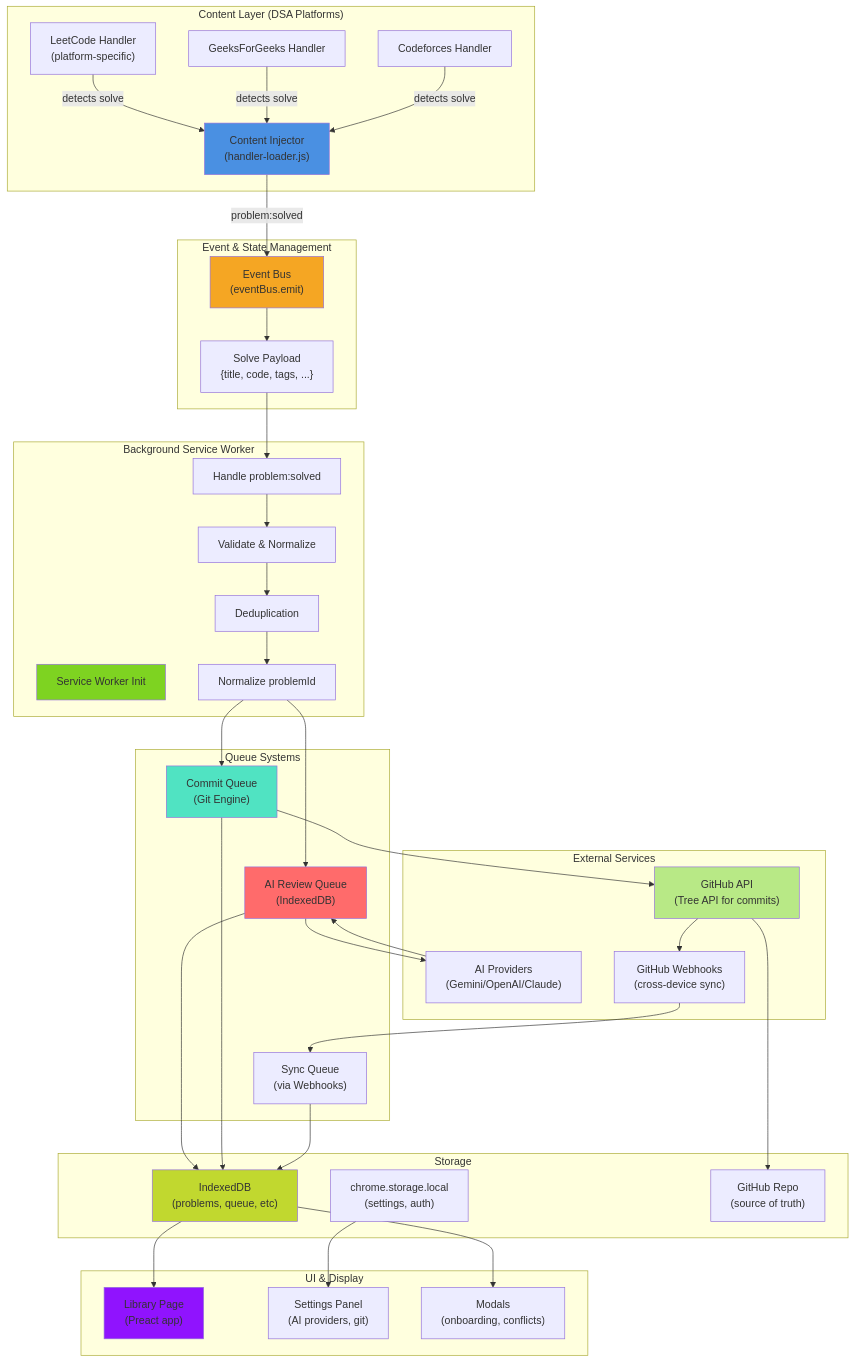
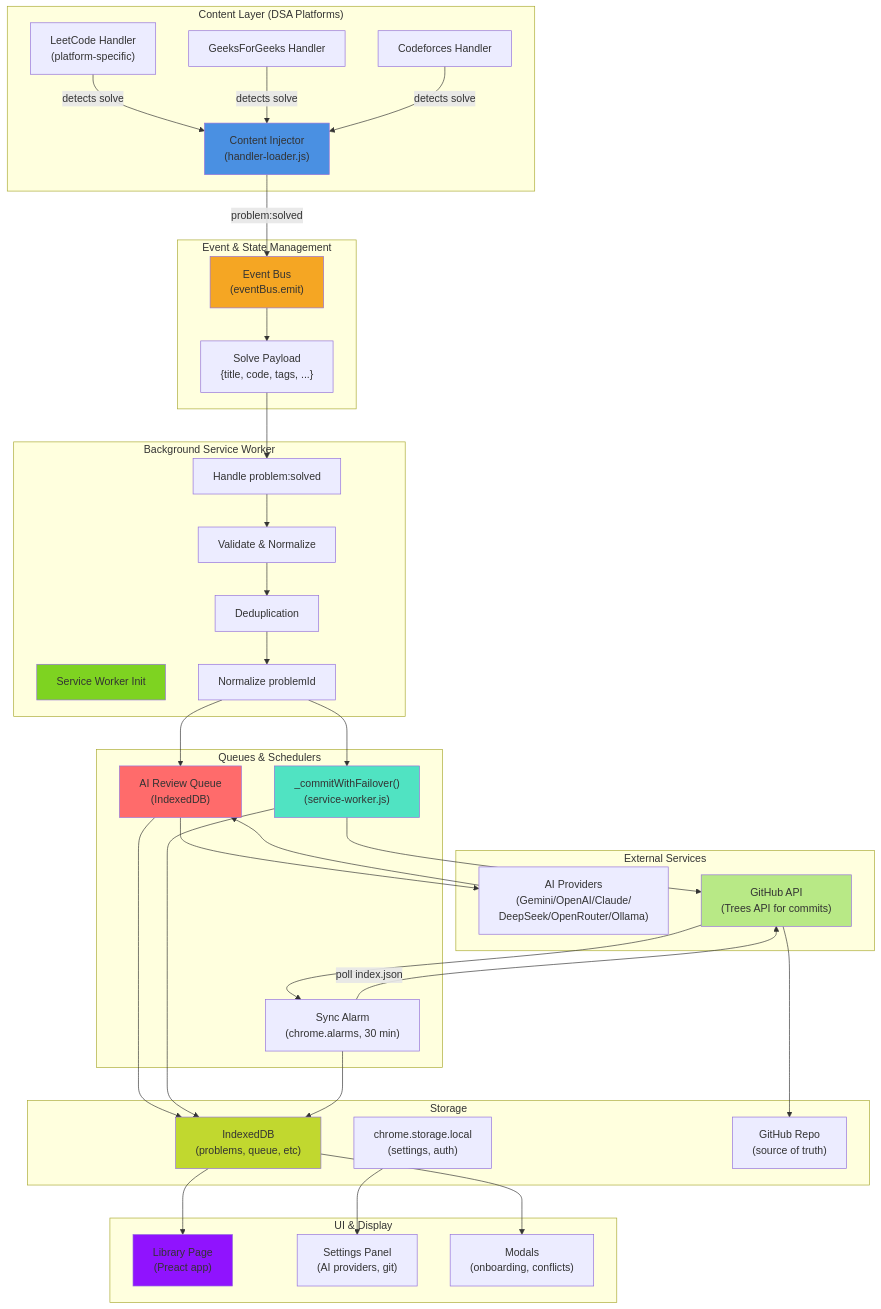
Before and after one commit to Life-Experimentalist/Code-Ledger: the first of 8 diagrams in docs/architecture/system-architecture.md, drawn with Mermaid. The commit also changed other lines of this file and 3 other files, not shown here.

````diff
--- a/docs/architecture/system-architecture.md
+++ b/docs/architecture/system-architecture.md
@@ -18,79 +18,78 @@
 ```mermaid
 graph TB
     subgraph "Content Layer (DSA Platforms)"
         CE["Content Injector<br/>(handler-loader.js)"]
         LH["LeetCode Handler<br/>(platform-specific)"]
         GH_PH["GeeksForGeeks Handler"]
         CF["Codeforces Handler"]
     end
 
     subgraph "Event & State Management"
         EB["Event Bus<br/>(eventBus.emit)"]
         SP["Solve Payload<br/>{title, code, tags, ...}"]
     end
 
     subgraph "Background Service Worker"
         SW["Service Worker Init"]
         HAN["Handle problem:solved"]
         VAL["Validate & Normalize"]
         DED["Deduplication"]
         NOR["Normalize problemId"]
     end
 
-    subgraph "Queue Systems"
+    subgraph "Queues & Schedulers"
         AIQ["AI Review Queue<br/>(IndexedDB)"]
-        CMQ["Commit Queue<br/>(Git Engine)"]
-        SYQ["Sync Queue<br/>(via Webhooks)"]
+        CMQ["_commitWithFailover()<br/>(service-worker.js)"]
+        SYQ["Sync Alarm<br/>(chrome.alarms, 30 min)"]
     end
 
     subgraph "External Services"
-        AI_SVC["AI Providers<br/>(Gemini/OpenAI/Claude)"]
-        GIT["GitHub API<br/>(Tree API for commits)"]
-        WH["GitHub Webhooks<br/>(cross-device sync)"]
+        AI_SVC["AI Providers<br/>(Gemini/OpenAI/Claude/<br/>DeepSeek/OpenRouter/Ollama)"]
+        GIT["GitHub API<br/>(Trees API for commits)"]
     end
 
     subgraph "Storage"
         IDB["IndexedDB<br/>(problems, queue, etc)"]
         CS["chrome.storage.local<br/>(settings, auth)"]
         GH_REP["GitHub Repo<br/>(source of truth)"]
     end
 
     subgraph "UI & Display"
         LIB["Library Page<br/>(Preact app)"]
         PANEL["Settings Panel<br/>(AI providers, git)"]
         MODAL["Modals<br/>(onboarding, conflicts)"]
     end
 
     LH -->|detects solve| CE
     CE -->|problem:solved| EB
     GH_PH -->|detects solve| CE
     CF -->|detects solve| CE
     EB --> SP
     SP --> HAN
     HAN --> VAL
     VAL --> DED
     DED --> NOR
     NOR --> CMQ
     NOR --> AIQ
     CMQ --> GIT
     AIQ --> AI_SVC
     GIT --> GH_REP
     AI_SVC --> AIQ
     AIQ --> IDB
     CMQ --> IDB
-    GIT --> WH
-    WH --> SYQ
+    SYQ -->|poll index.json| GIT
+    GIT --> SYQ
     SYQ --> IDB
     CS --> PANEL
     IDB --> LIB
     IDB --> MODAL
 
     style CE fill:#4A90E2
     style EB fill:#F5A623
     style SW fill:#7ED321
     style AIQ fill:#FF6B6B
     style CMQ fill:#50E3C2
     style GIT fill:#B8E986
     style IDB fill:#C1D82F
     style LIB fill:#9013FE
 ```
````
